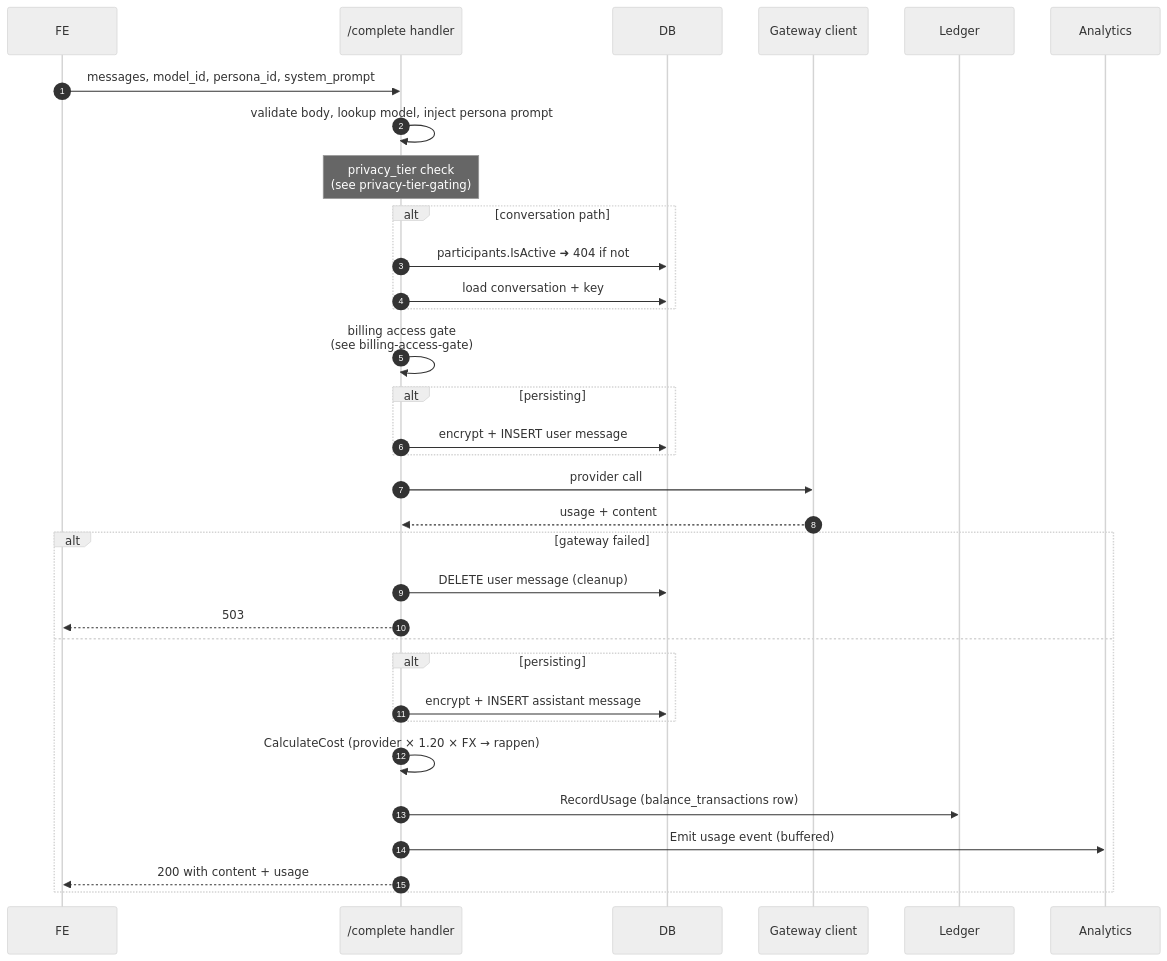
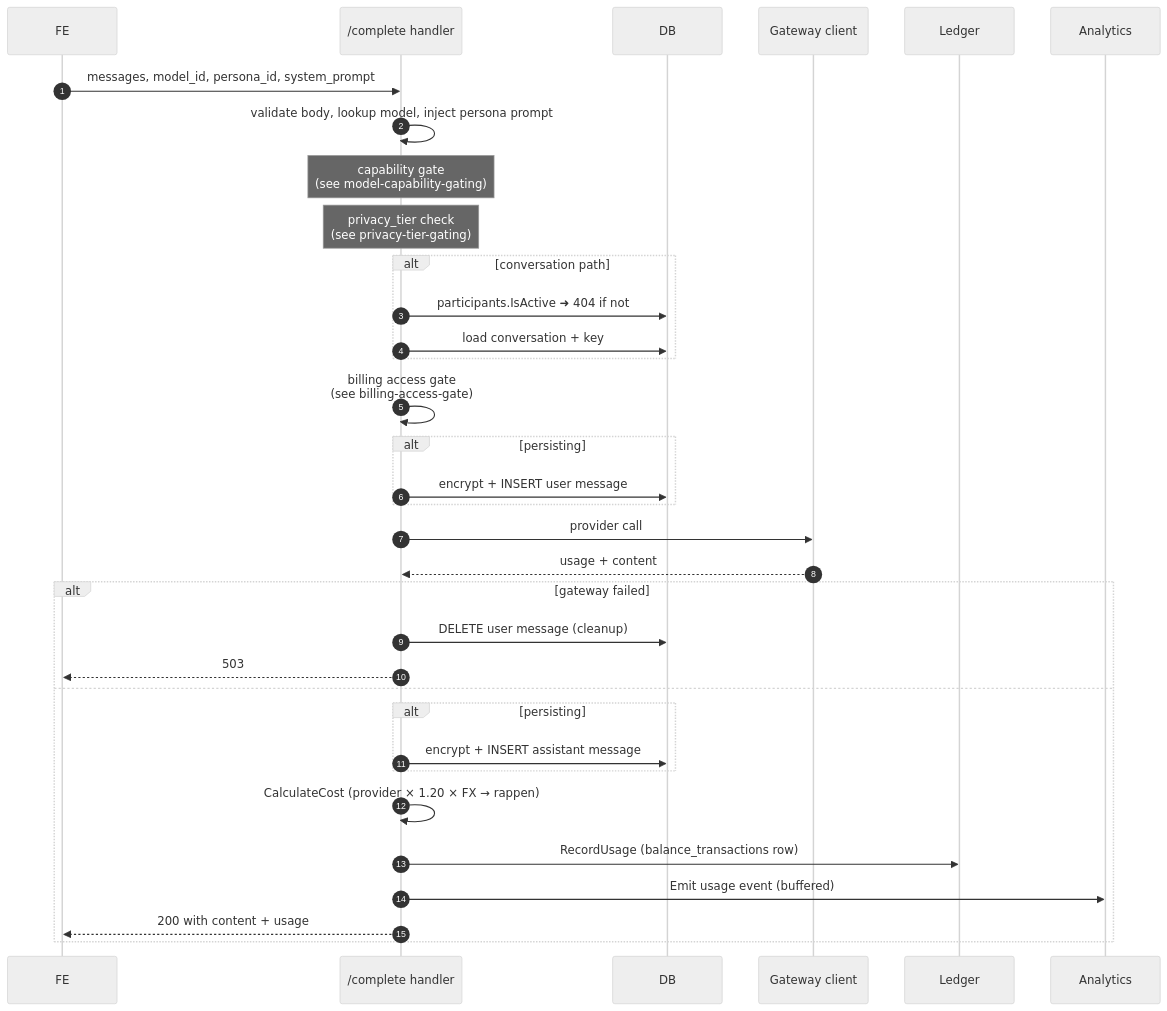
The diagram in docs/business_processes/completion-pipeline.md (cognos-io/chat.cognos.io), drawn with Mermaid (neutral theme) before and after one commit. The commit also changed 5 other files, not shown here.

First line of the commit message:
docs(model-selection): spec tool-aware selection and capability gating

````diff
--- a/docs/business_processes/completion-pipeline.md
+++ b/docs/business_processes/completion-pipeline.md
@@ -13,36 +13,37 @@
 ```mermaid
 sequenceDiagram
   autonumber
   participant FE
   participant H as /complete handler
   participant DB
   participant GW as Gateway client
   participant L as Ledger
   participant A as Analytics
 
   FE->>H: messages, model_id, persona_id, system_prompt
   H->>H: validate body, lookup model, inject persona prompt
+  Note over H: capability gate<br/>(see model-capability-gating)
   Note over H: privacy_tier check<br/>(see privacy-tier-gating)
   alt conversation path
     H->>DB: participants.IsActive ➜ 404 if not
     H->>DB: load conversation + key
   end
   H->>H: billing access gate<br/>(see billing-access-gate)
   alt persisting
     H->>DB: encrypt + INSERT user message
   end
   H->>GW: provider call
   GW-->>H: usage + content
   alt gateway failed
     H->>DB: DELETE user message (cleanup)
     H-->>FE: 503
   else
     alt persisting
       H->>DB: encrypt + INSERT assistant message
     end
     H->>H: CalculateCost (provider × 1.20 × FX → rappen)
     H->>L: RecordUsage (balance_transactions row)
     H->>A: Emit usage event (buffered)
     H-->>FE: 200 with content + usage
   end
 ```
````
